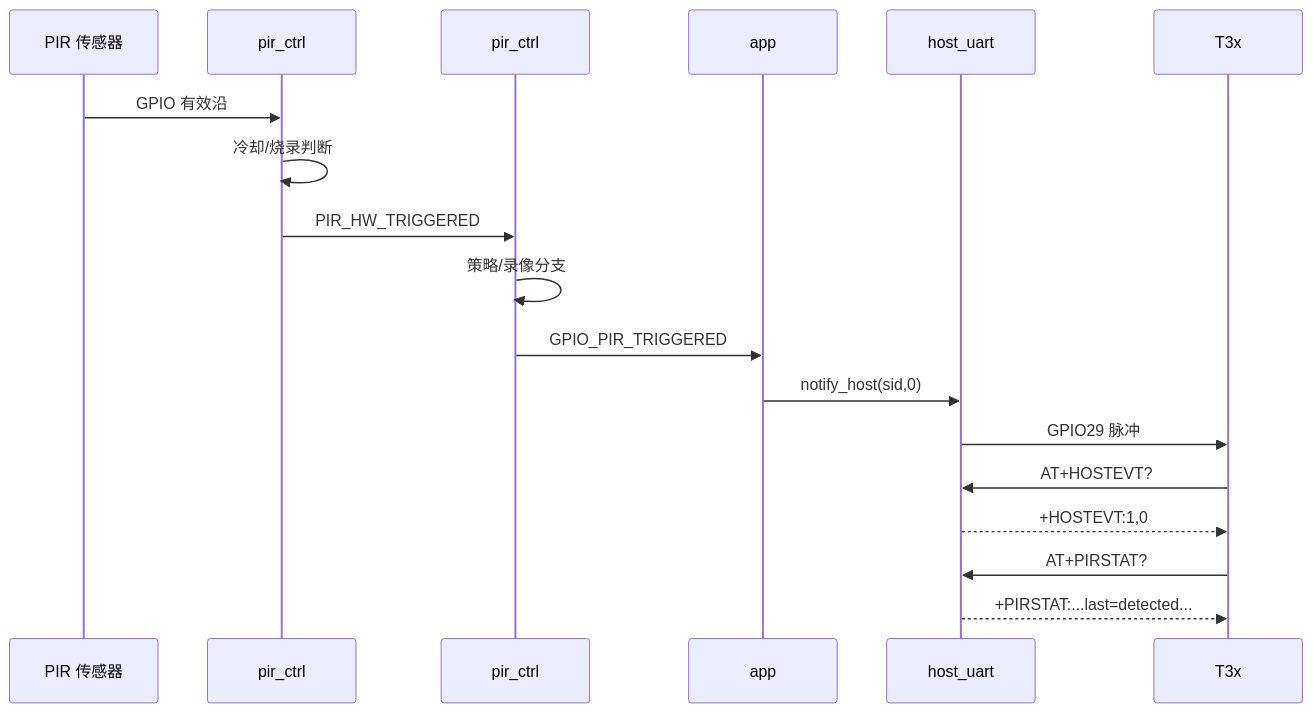
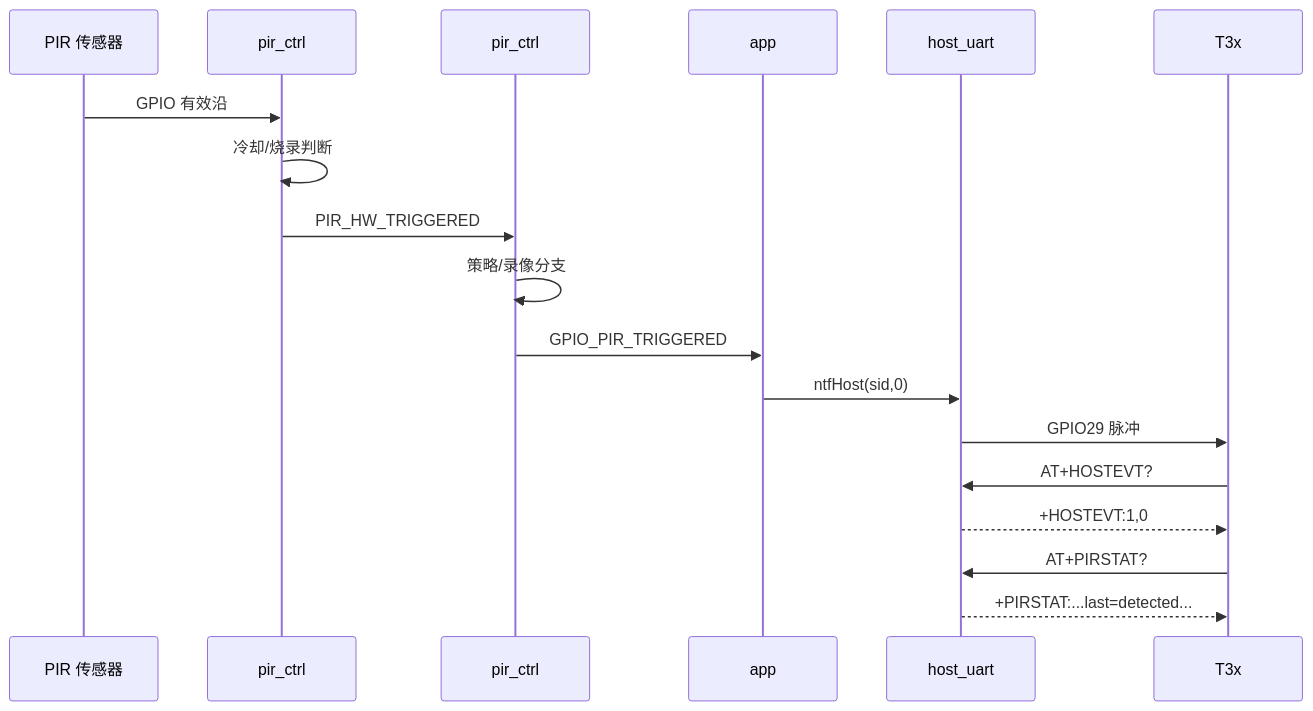
One commit to dzr1986/AIR780EHM changed the second of 2 diagrams in doc/T3X_4G_AT_INTERACTION.md. Above: the diagram before and after it, drawn with Mermaid. The commit also changed other lines of this file and 84 other files, not shown here.

````diff
--- a/doc/T3X_4G_AT_INTERACTION.md
+++ b/doc/T3X_4G_AT_INTERACTION.md
@@ -253,21 +253,21 @@
 ```mermaid
 sequenceDiagram
     participant PIR as PIR 传感器
     participant L as pir_ctrl
     participant C as pir_ctrl
     participant A as app
     participant H as host_uart
     participant T as T3x
 
     PIR->>L: GPIO 有效沿
     L->>L: 冷却/烧录判断
     L->>C: PIR_HW_TRIGGERED
     C->>C: 策略/录像分支
     C->>A: GPIO_PIR_TRIGGERED
-    A->>H: notify_host(sid,0)
+    A->>H: ntfHost(sid,0)
     H->>T: GPIO29 脉冲
     T->>H: AT+HOSTEVT?
     H-->>T: +HOSTEVT:1,0
     T->>H: AT+PIRSTAT?
     H-->>T: +PIRSTAT:...last=detected...
 ```
````
